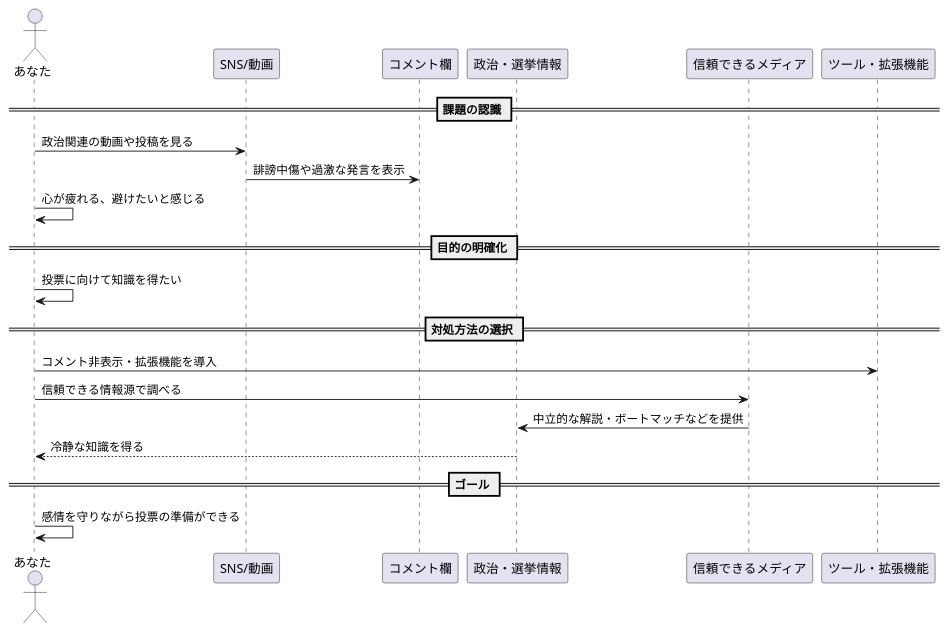
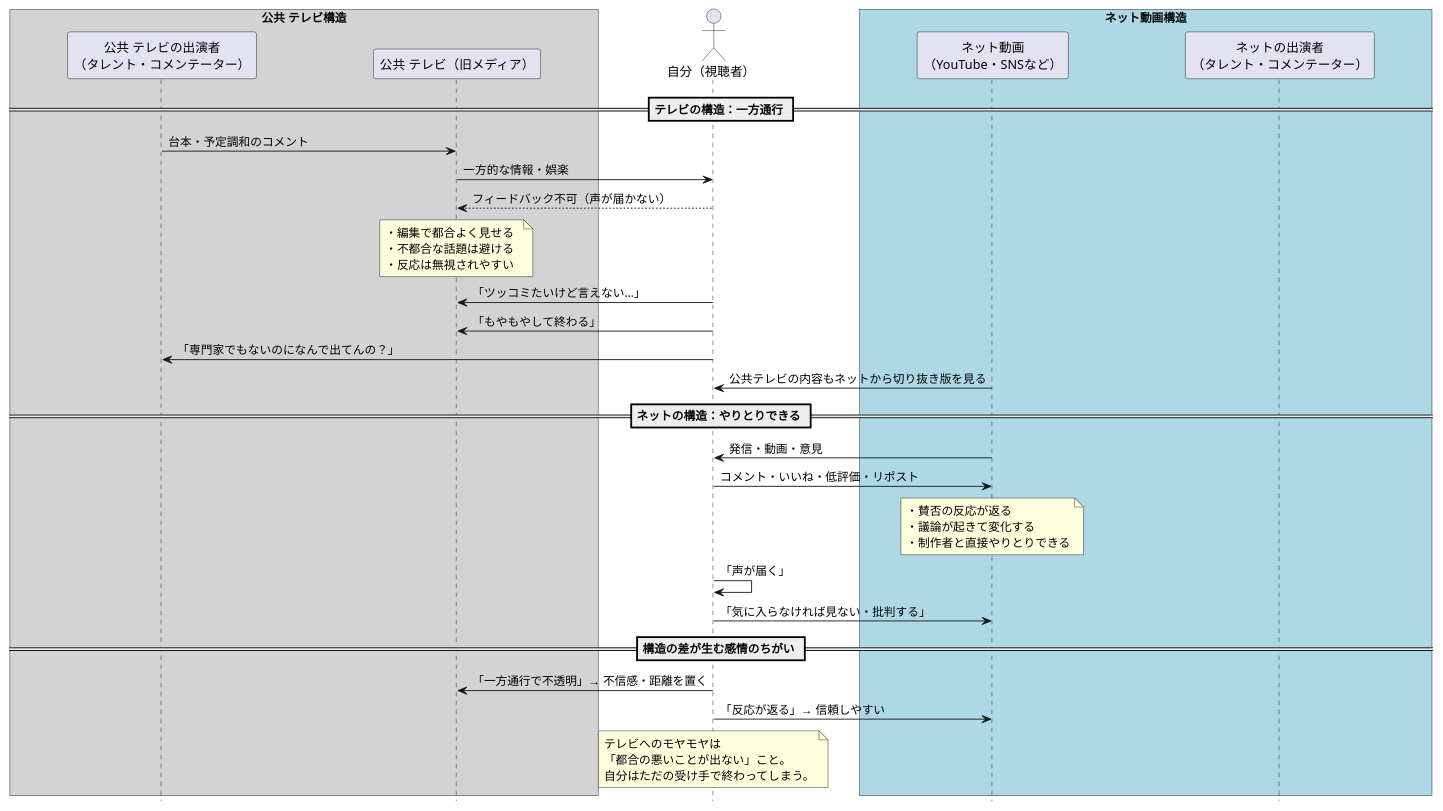
The diagram in mondai_zizi_uketomekata1.pu (coacoa/images), drawn with PlantUML before and after one commit. The commit also changed 1 other file, not shown here.

```diff
--- a/mondai_zizi_uketomekata1.pu
+++ b/mondai_zizi_uketomekata1.pu
@@ -1,25 +1,59 @@
 @startuml
-actor あなた as User
-participant "SNS/動画" as SNS
-participant "コメント欄" as Comments
-participant "政治・選挙情報" as Info
-participant "信頼できるメディア" as Trusted
-participant "ツール・拡張機能" as Tools
+hide footbox
+skinparam sequence {
+  ParticipantPadding 60
+  BoxPadding 20
+}
 
-== 課題の認識 ==
-User -> SNS : 政治関連の動画や投稿を見る
-SNS -> Comments : 誹謗中傷や過激な発言を表示
-User -> User : 心が疲れる、避けたいと感じる
+box "公共 テレビ構造" #lightgray
+participant "公共 テレビの出演者\n（タレント・コメンテーター）" as Tarento
+participant "公共 テレビ（旧メディア）" as TV
+end box
 
-== 目的の明確化 ==
-User -> User : 投票に向けて知識を得たい
+actor "自分（視聴者）" as Viewer
 
-== 対処方法の選択 ==
-User -> Tools : コメント非表示・拡張機能を導入
-User -> Trusted : 信頼できる情報源で調べる
-Trusted -> Info : 中立的な解説・ボートマッチなどを提供
-Info --> User : 冷静な知識を得る
+box "ネット動画構造" #lightblue
+participant "ネット動画\n（YouTube・SNSなど）" as NetVideo
+participant "ネットの出演者\n（タレント・コメンテーター）" as NetTarento
+end box
 
-== ゴール ==
-User -> User : 感情を守りながら投票の準備ができる
+
+== テレビの構造：一方通行 ==
+Tarento -> TV : 台本・予定調和のコメント
+TV -> Viewer : 一方的な情報・娯楽
+Viewer --> TV : フィードバック不可（声が届かない）
+
+note over TV
+・編集で都合よく見せる  
+・不都合な話題は避ける  
+・反応は無視されやすい
+end note
+
+Viewer -> TV : 「ツッコミたいけど言えない…」  
+Viewer -> TV : 「もやもやして終わる」
+Viewer -> Tarento : 「専門家でもないのになんで出てんの？」
+NetVideo -> Viewer : 公共テレビの内容もネットから切り抜き版を見る
+
+== ネットの構造：やりとりできる ==
+NetVideo -> Viewer : 発信・動画・意見
+Viewer -> NetVideo : コメント・いいね・低評価・リポスト
+
+note over NetVideo
+・賛否の反応が返る  
+・議論が起きて変化する  
+・制作者と直接やりとりできる
+end note
+
+Viewer -> Viewer : 「声が届く」  
+Viewer -> NetVideo : 「気に入らなければ見ない・批判する」
+
+== 構造の差が生む感情のちがい ==
+Viewer -> TV : 「一方通行で不透明」→ 不信感・距離を置く
+Viewer -> NetVideo : 「反応が返る」→ 信頼しやすい
+
+note over Viewer
+テレビへのモヤモヤは  
+「都合の悪いことが出ない」こと。  
+自分はただの受け手で終わってしまう。
+end note
 @enduml
```
